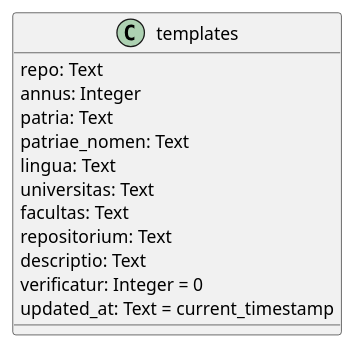
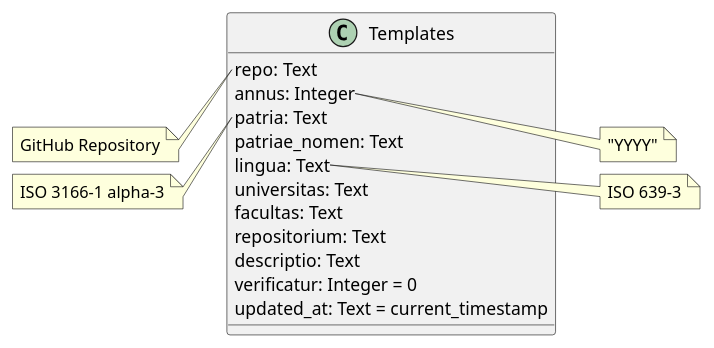
One commit to thesis-lat/lat-thesis changed the diagram in database/database.md. Above: the diagram before and after it, drawn with PlantUML. The commit also changed 3 other files, not shown here.

````diff
--- a/database/database.md
+++ b/database/database.md
@@ -5,17 +5,34 @@
 ```plantuml
 @startuml
-class templates {
+
+class Templates {
     repo: Text
     annus: Integer
     patria: Text
     patriae_nomen: Text
     lingua: Text
     universitas: Text
     facultas: Text
     repositorium: Text
     descriptio: Text
     verificatur: Integer = 0
     updated_at: Text = current_timestamp
 }
+note left of Templates::repo
+    GitHub Repository
+end note
+
+note right of Templates::annus
+    "YYYY"
+end note
+
+note left of Templates::patria
+    ISO 3166-1 alpha-3
+end note
+
+note right of Templates::lingua
+    ISO 639-3
+end note
+
 @enduml
 ```
````
